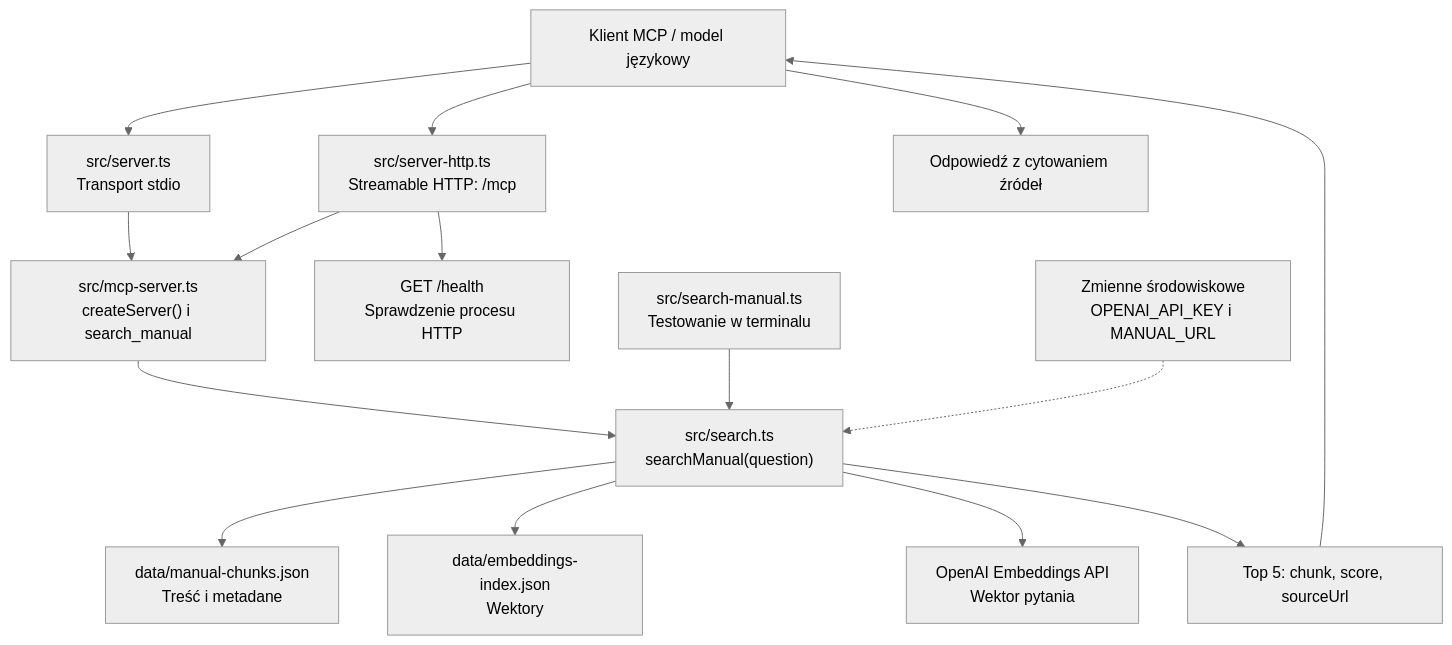
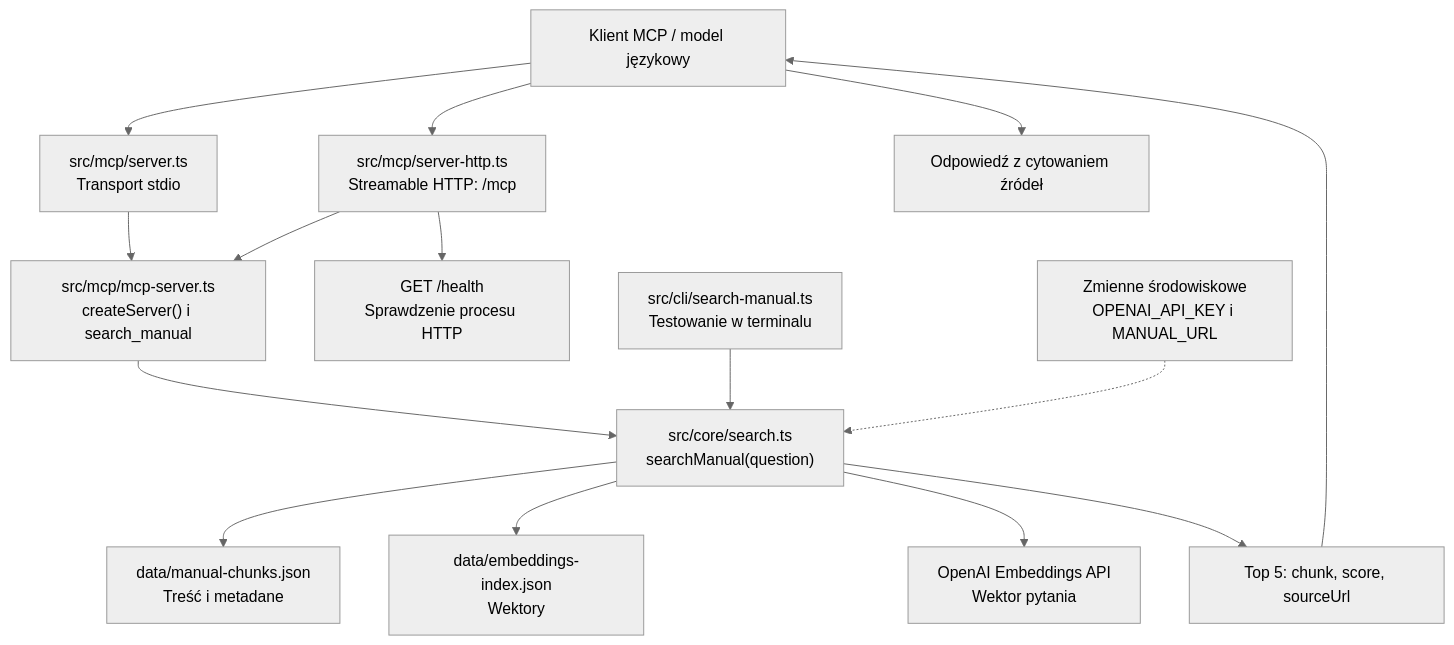
One commit to pawelurb/car-mcp changed the second of 2 diagrams in README.md. Above: the diagram before and after it, drawn with Mermaid (neutral theme). The commit also changed other lines of this file and 11 other files, not shown here.

````diff
--- a/README.md
+++ b/README.md
@@ -62,17 +62,17 @@
 ```mermaid
 flowchart TD
-    CLIENT["Klient MCP / model językowy"] --> STDIO["src/server.ts<br/>Transport stdio"]
-    CLIENT --> HTTP["src/server-http.ts<br/>Streamable HTTP: /mcp"]
-    STDIO --> FACTORY["src/mcp-server.ts<br/>createServer() i search_manual"]
+    CLIENT["Klient MCP / model językowy"] --> STDIO["src/mcp/server.ts<br/>Transport stdio"]
+    CLIENT --> HTTP["src/mcp/server-http.ts<br/>Streamable HTTP: /mcp"]
+    STDIO --> FACTORY["src/mcp/mcp-server.ts<br/>createServer() i search_manual"]
     HTTP --> FACTORY
     HTTP --> HEALTH["GET /health<br/>Sprawdzenie procesu HTTP"]
-    FACTORY --> SEARCH["src/search.ts<br/>searchManual(question)"]
-    CLI["src/search-manual.ts<br/>Testowanie w terminalu"] --> SEARCH
+    FACTORY --> SEARCH["src/core/search.ts<br/>searchManual(question)"]
+    CLI["src/cli/search-manual.ts<br/>Testowanie w terminalu"] --> SEARCH
     SEARCH --> CHUNKS["data/manual-chunks.json<br/>Treść i metadane"]
     SEARCH --> INDEX["data/embeddings-index.json<br/>Wektory"]
     SEARCH --> API["OpenAI Embeddings API<br/>Wektor pytania"]
     ENV["Zmienne środowiskowe<br/>OPENAI_API_KEY i MANUAL_URL"] -.-> SEARCH
     SEARCH --> RESULT["Top 5: chunk, score, sourceUrl"]
     RESULT --> CLIENT
     CLIENT --> ANSWER["Odpowiedź z cytowaniem źródeł"]
 ```
````
